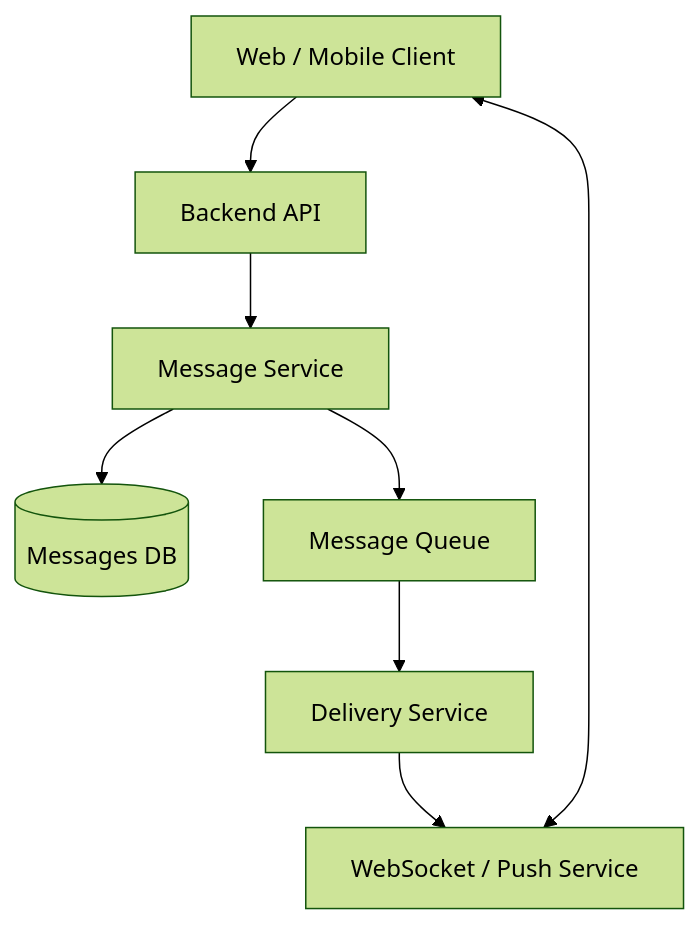
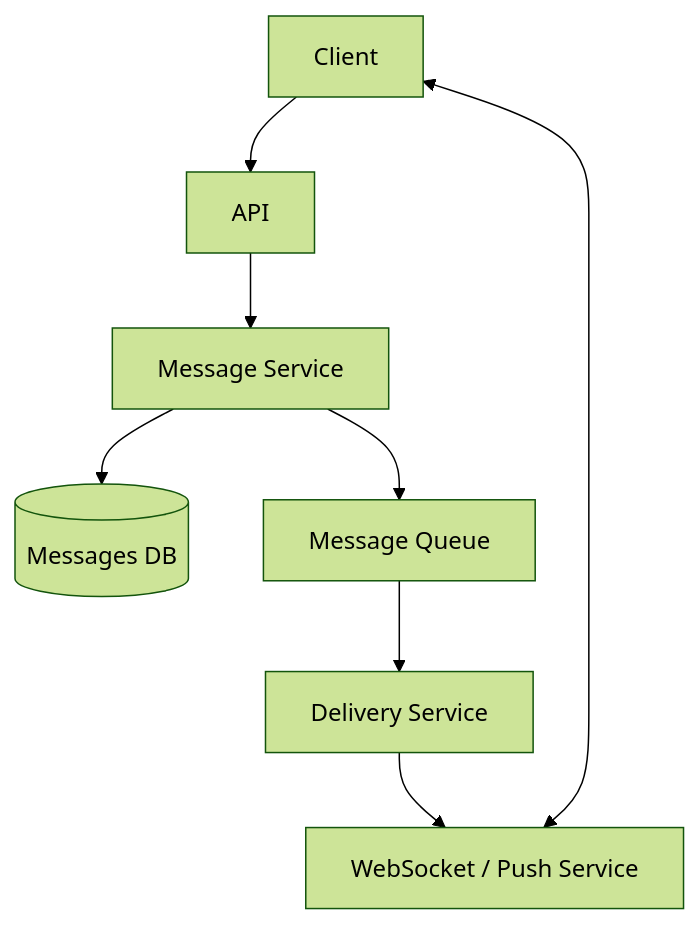
Before and after one commit to artembaranovsky1/Software-Design-and-Documentation_lab-1.1: the first of 3 diagrams in README.md, drawn with Mermaid (forest theme).

````diff
--- a/README.md
+++ b/README.md
@@ -4,10 +4,10 @@
 ```mermaid
 graph TD
-    Client[Web / Mobile Client] --> API[Backend API]
+    Client --> API
     API --> MS[Message Service]
     MS --> DB[(Messages DB)]
     MS --> Queue[Message Queue]
     Queue --> DS[Delivery Service]
     DS --> WS[WebSocket / Push Service]
     WS <--> Client
 ```
````
